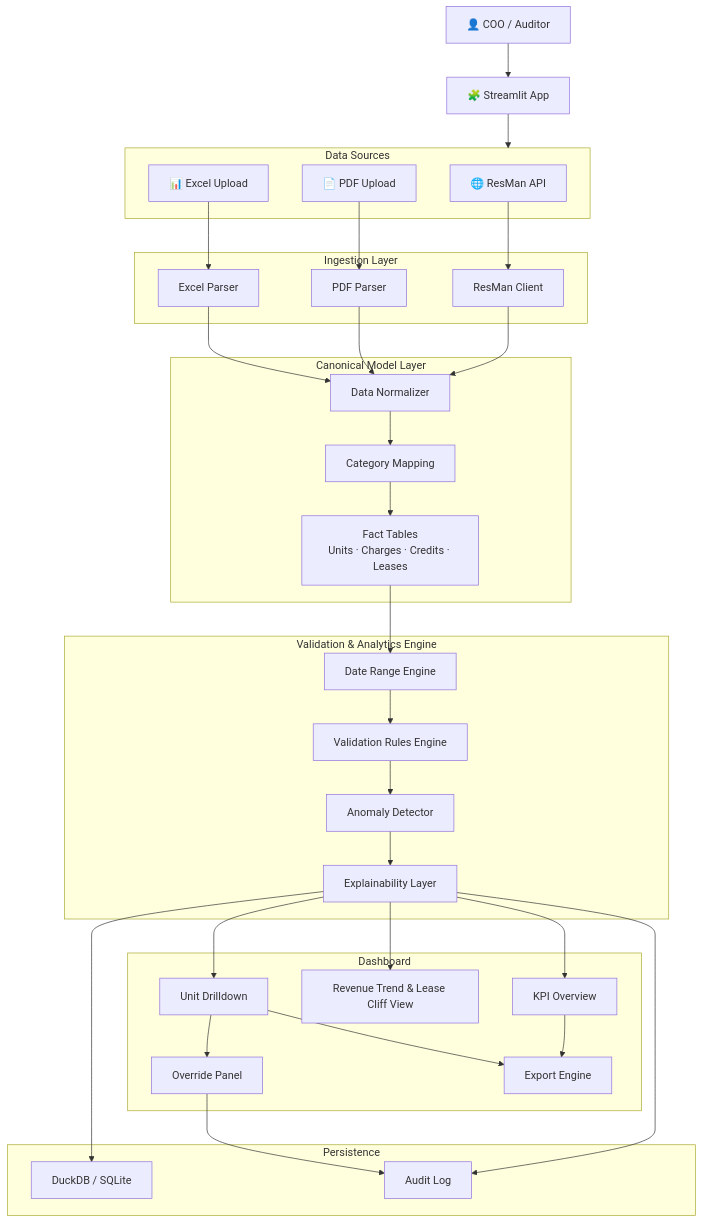
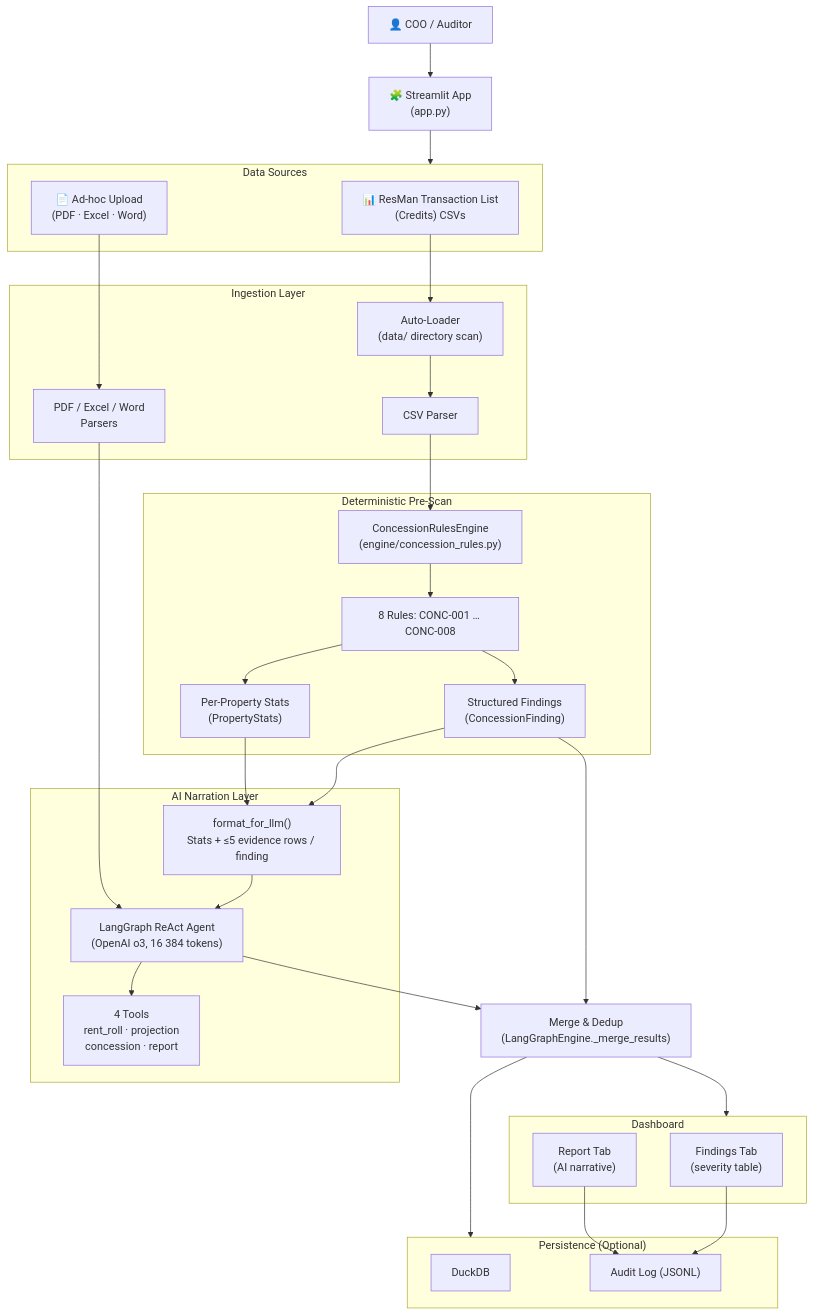
The first of 2 diagrams in streamlit_app.md (napandya/streamlit-audit-agent-loriaa), drawn with Mermaid before and after one commit. The commit also changed other lines of this file and 1 other file, not shown here.

````diff
--- a/streamlit_app.md
+++ b/streamlit_app.md
@@ -29,82 +25,78 @@
 graph TB
     %% Actors
     AUD["👤 COO / Auditor"]
-    ST["🧩 Streamlit App"]
+    ST["🧩 Streamlit App<br/>(app.py)"]
 
     %% Data Sources
     subgraph INPUTS["Data Sources"]
-        RESMAN["🌐 ResMan API"]
-        PDF["📄 PDF Upload"]
-        XLS["📊 Excel Upload"]
+        CSV["📊 ResMan Transaction List<br/>(Credits) CSVs"]
+        UPLOAD["📄 Ad-hoc Upload<br/>(PDF · Excel · Word)"]
     end
 
     %% Ingestion Layer
     subgraph INGEST["Ingestion Layer"]
-        RES_CLIENT["ResMan Client"]
-        PDF_PARSER["PDF Parser"]
-        XLS_PARSER["Excel Parser"]
+        AUTO_LOAD["Auto-Loader<br/>(data/ directory scan)"]
+        CSV_PARSER["CSV Parser"]
+        PARSERS["PDF / Excel / Word<br/>Parsers"]
     end
 
-    %% Normalization
-    subgraph CANON["Canonical Model Layer"]
-        MAPPER["Category Mapping"]
-        NORMALIZER["Data Normalizer"]
-        FACT_TABLES["Fact Tables<br/>Units · Charges · Credits · Leases"]
+    %% Deterministic Engine
+    subgraph DET_ENGINE["Deterministic Pre-Scan"]
+        CONC_RULES["ConcessionRulesEngine<br/>(engine/concession_rules.py)"]
+        RULES_LIST["8 Rules: CONC-001 … CONC-008"]
+        FINDINGS["Structured Findings<br/>(ConcessionFinding)"]
+        STATS["Per-Property Stats<br/>(PropertyStats)"]
     end
 
-    %% Processing Engine
-    subgraph ENGINE["Validation & Analytics Engine"]
-        DATE_RANGE["Date Range Engine"]
-        RULES["Validation Rules Engine"]
-        ANOMALY["Anomaly Detector"]
-        EXPLAIN["Explainability Layer"]
+    %% AI Layer
+    subgraph AI_LAYER["AI Narration Layer"]
+        FMT["format_for_llm()<br/>Stats + ≤5 evidence rows / finding"]
+        AGENT["LangGraph ReAct Agent<br/>(OpenAI o3, 16 384 tokens)"]
+        TOOLS["4 Tools<br/>rent_roll · projection<br/>concession · report"]
     end
 
-    %% Storage
-    subgraph STORAGE["Persistence"]
-        DB["DuckDB / SQLite"]
-        LOG["Audit Log"]
+    %% Merge
+    MERGE["Merge & Dedup<br/>(LangGraphEngine._merge_results)"]
+
+    %% Output
+    subgraph OUTPUT["Dashboard"]
+        FINDINGS_TAB["Findings Tab<br/>(severity table)"]
+        REPORT_TAB["Report Tab<br/>(AI narrative)"]
     end
 
-    %% UI Layer
-    subgraph OUTPUT["Dashboard"]
-        KPI["KPI Overview"]
-        TREND["Revenue Trend & Lease Cliff View"]
-        UNIT_VIEW["Unit Drilldown"]
-        OVERRIDE["Override Panel"]
-        EXPORT["Export Engine"]
+    %% Persistence
+    subgraph STORAGE["Persistence (Optional)"]
+        DB["DuckDB"]
+        LOG["Audit Log (JSONL)"]
     end
 
     %% Flow
     AUD --> ST
     ST --> INPUTS
 
-    RESMAN --> RES_CLIENT
-    PDF --> PDF_PARSER
-    XLS --> XLS_PARSER
+    CSV --> AUTO_LOAD
+    UPLOAD --> PARSERS
 
-    RES_CLIENT --> NORMALIZER
-    PDF_PARSER --> NORMALIZER
-    XLS_PARSER --> NORMALIZER
+    AUTO_LOAD --> CSV_PARSER
+    CSV_PARSER --> CONC_RULES
 
-    NORMALIZER --> MAPPER
-    MAPPER --> FACT_TABLES
+    CONC_RULES --> RULES_LIST
+    RULES_LIST --> FINDINGS
+    RULES_LIST --> STATS
 
-    FACT_TABLES --> DATE_RANGE
-    DATE_RANGE --> RULES
-    RULES --> ANOMALY
-    ANOMALY --> EXPLAIN
+    FINDINGS --> FMT
+    STATS --> FMT
+    FMT --> AGENT
+    AGENT --> TOOLS
 
-    EXPLAIN --> DB
-    EXPLAIN --> LOG
+    PARSERS --> AGENT
 
-    EXPLAIN --> KPI
-    EXPLAIN --> TREND
-    EXPLAIN --> UNIT_VIEW
+    AGENT --> MERGE
+    FINDINGS --> MERGE
 
-    UNIT_VIEW --> OVERRIDE
-    OVERRIDE --> LOG
+    MERGE --> OUTPUT
+    MERGE --> STORAGE
 
-    KPI --> EXPORT
-    UNIT_VIEW --> EXPORT
+    FINDINGS_TAB --> LOG
+    REPORT_TAB --> LOG
 ```
````
